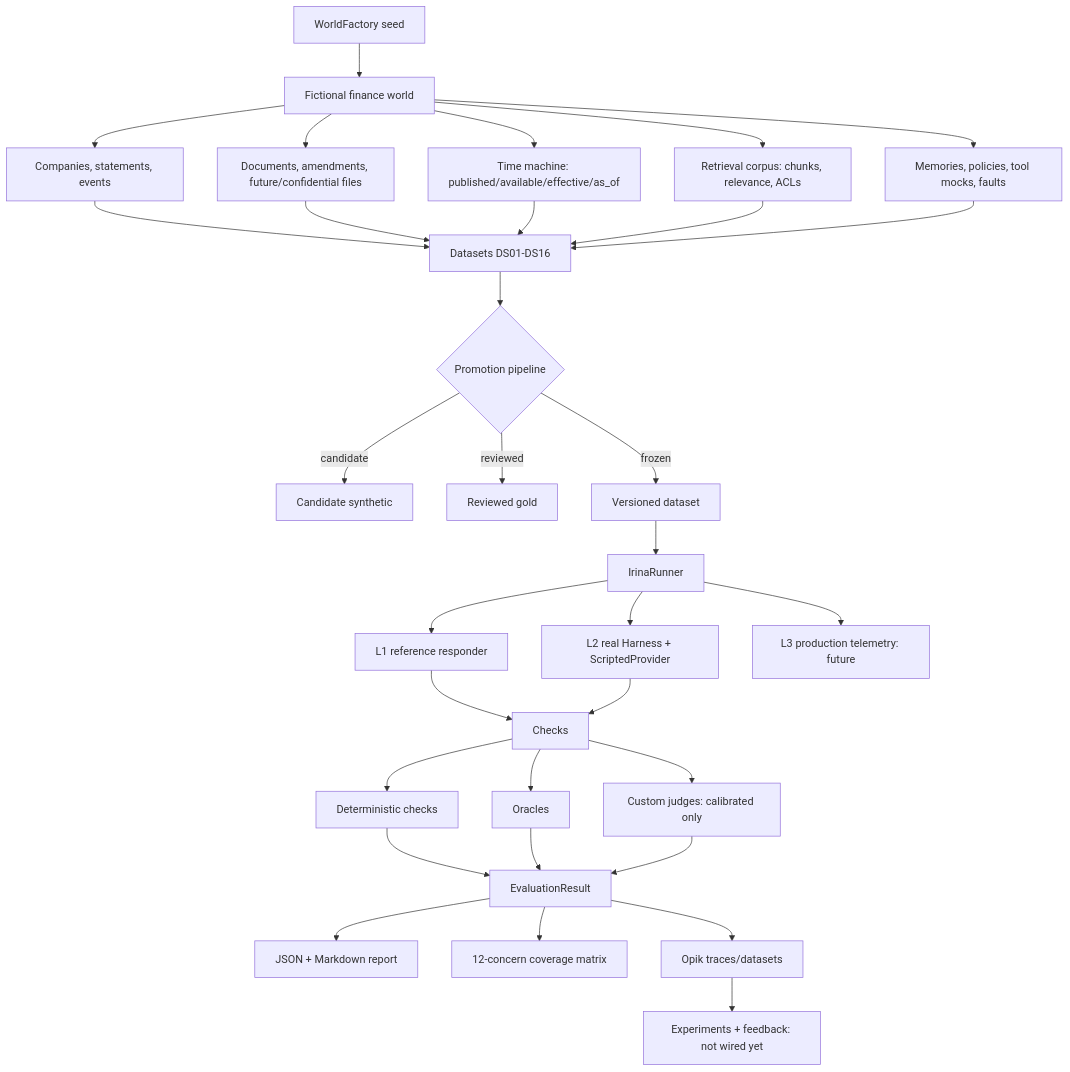
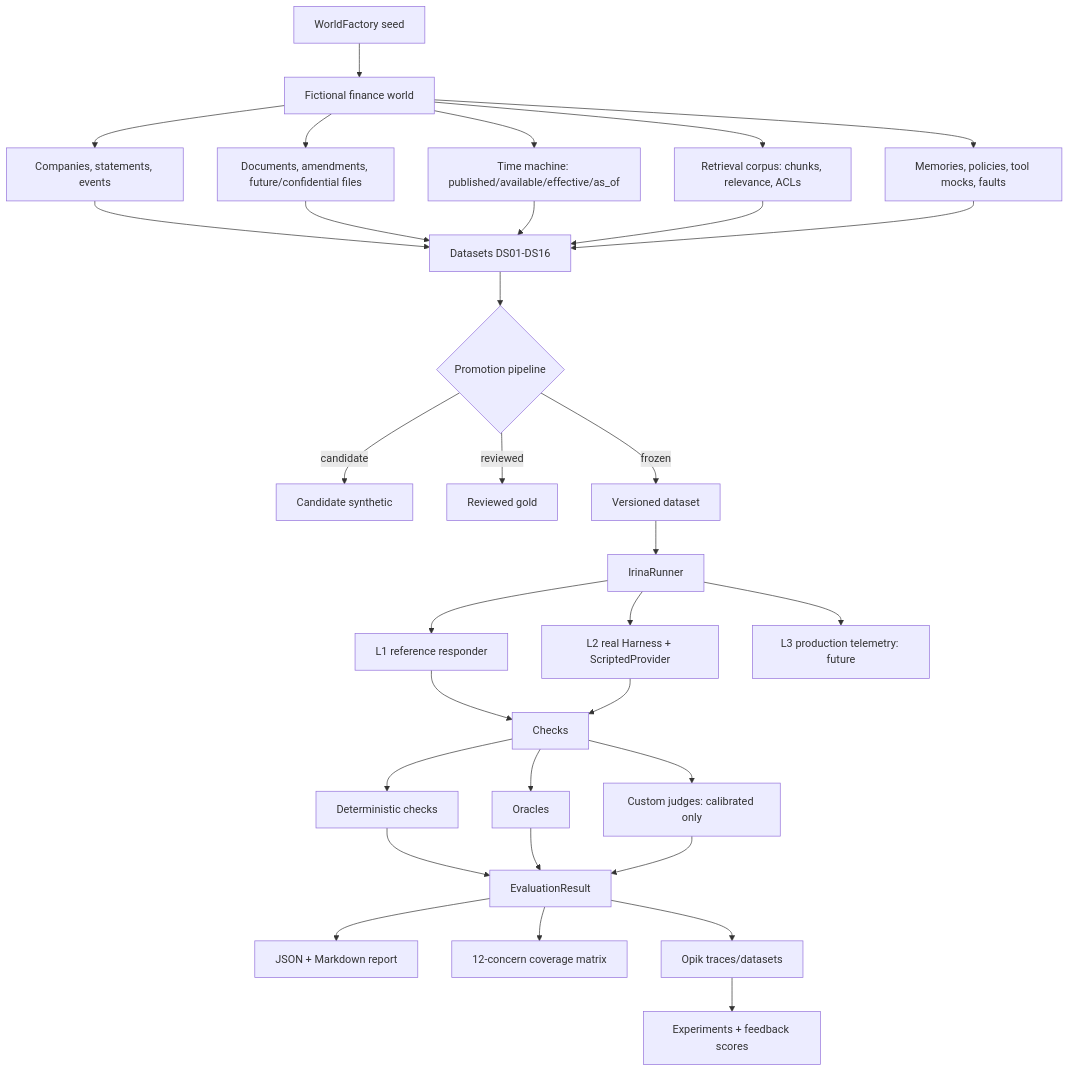
The first of 6 diagrams in src/back/evaluations/README.md (rderakhshan/Irina), drawn with Mermaid before and after one commit. The commit also changed other lines of this file and 16 other files, not shown here.

````diff
--- a/src/back/evaluations/README.md
+++ b/src/back/evaluations/README.md
@@ -79,40 +80,40 @@
 ```mermaid
 flowchart TD
     A[WorldFactory seed] --> B[Fictional finance world]
     B --> B1[Companies, statements, events]
     B --> B2[Documents, amendments, future/confidential files]
     B --> B3[Time machine: published/available/effective/as_of]
     B --> B4[Retrieval corpus: chunks, relevance, ACLs]
     B --> B5[Memories, policies, tool mocks, faults]
 
     B1 --> C[Datasets DS01-DS16]
     B2 --> C
     B3 --> C
     B4 --> C
     B5 --> C
 
     C --> D{Promotion pipeline}
     D -->|candidate| E[Candidate synthetic]
     D -->|reviewed| F[Reviewed gold]
     D -->|frozen| G[Versioned dataset]
 
     G --> H[IrinaRunner]
     H --> H1[L1 reference responder]
     H --> H2[L2 real Harness + ScriptedProvider]
     H --> H3[L3 production telemetry: future]
 
     H1 --> I[Checks]
     H2 --> I
     I --> I1[Deterministic checks]
     I --> I2[Oracles]
     I --> I3[Custom judges: calibrated only]
 
     I1 --> J[EvaluationResult]
     I2 --> J
     I3 --> J
 
     J --> K[JSON + Markdown report]
     J --> L[12-concern coverage matrix]
     J --> M[Opik traces/datasets]
-    M --> N[Experiments + feedback: not wired yet]
+    M --> N[Experiments + feedback scores]
 ```
````
